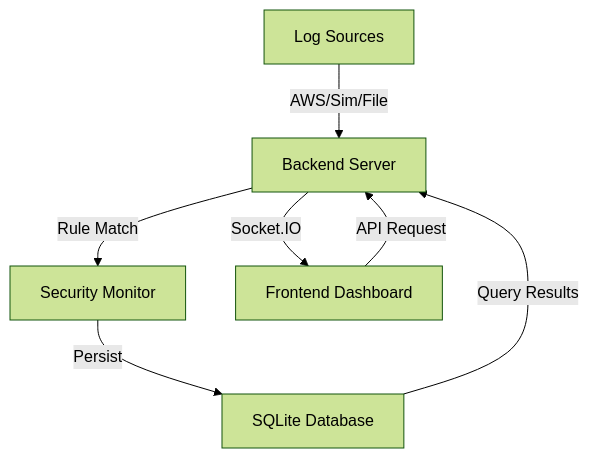
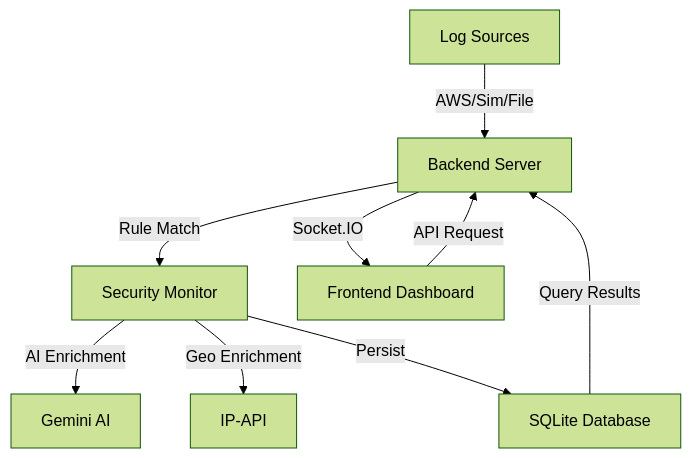
The second of 2 diagrams in ARCHITECTURE.md (Ayush7kr/log-sense-eh), drawn with Mermaid (forest theme) before and after one commit. The commit also changed other lines of this file and 24 other files, not shown here.

````diff
--- a/ARCHITECTURE.md
+++ b/ARCHITECTURE.md
@@ -42,9 +61,11 @@
 ```mermaid
 graph TD
     A[Log Sources] -->|AWS/Sim/File| B[Backend Server]
     B -->|Rule Match| C[Security Monitor]
+    C -->|AI Enrichment| G[Gemini AI]
+    C -->|Geo Enrichment| H[IP-API]
     C -->|Persist| D[SQLite Database]
     B -->|Socket.IO| E[Frontend Dashboard]
     E -->|API Request| B
     D -->|Query Results| B
 ```
````
